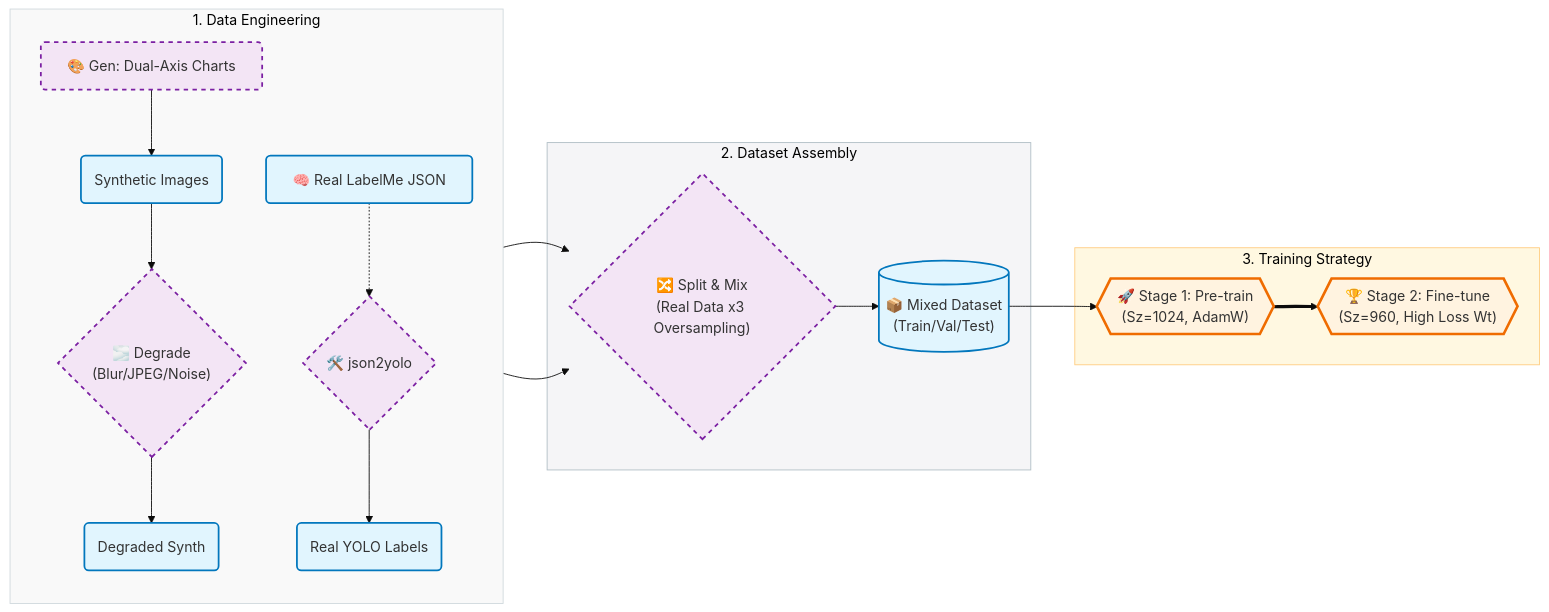
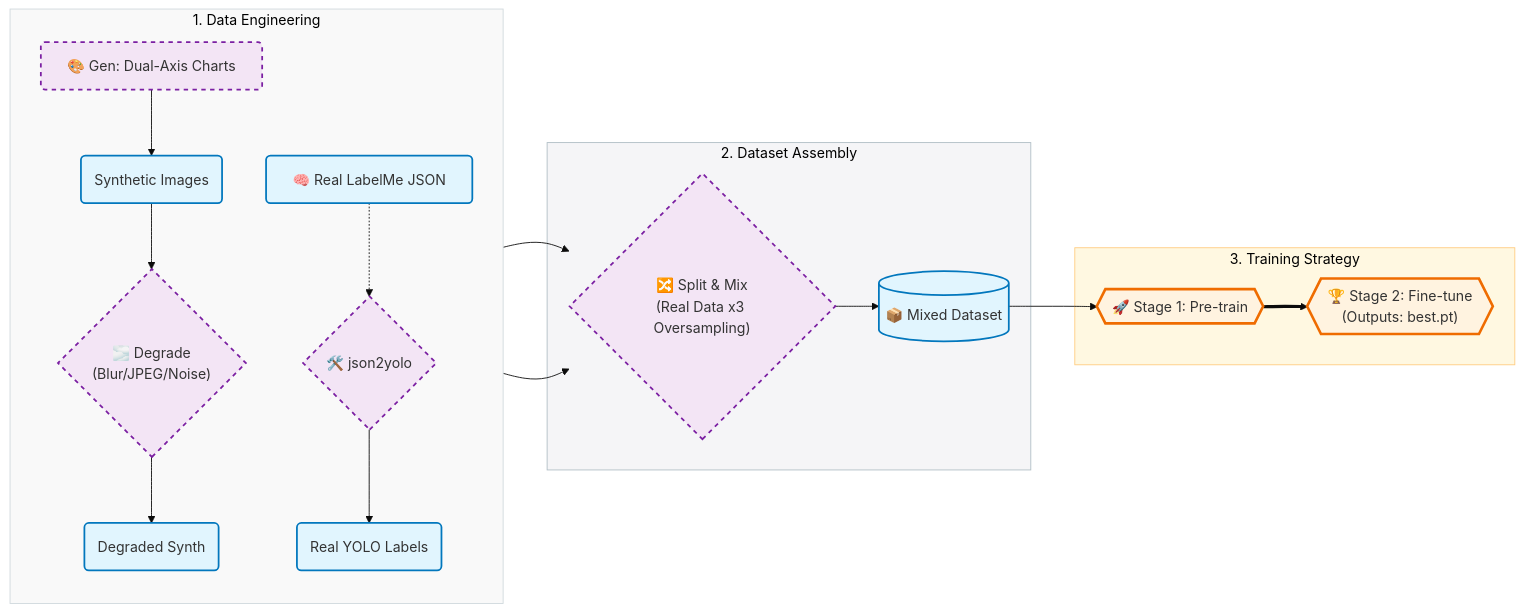
One commit to Zephyr1023/infrared-spectroscopy-and-XANES-spectroscopy-scale-detect changed the diagram in README.md. Above: the diagram before and after it, drawn with Mermaid. The commit also changed other lines of this file, not shown here.

````diff
--- a/README.md
+++ b/README.md
@@ -44,32 +54,32 @@
 ```mermaid
 %%{init: {'theme': 'base', 'themeVariables': { 'primaryColor': '#e3f2fd', 'edgeLabelBackground':'#ffffff', 'tertiaryColor': '#fff'}}}%%
 flowchart LR
     %% Style Definitions
     classDef data fill:#e1f5fe,stroke:#0277bd,stroke-width:2px,rx:5,ry:5;
     classDef proc fill:#f3e5f5,stroke:#7b1fa2,stroke-width:2px,rx:5,ry:5,stroke-dasharray: 5 5;
     classDef model fill:#fff3e0,stroke:#ef6c00,stroke-width:3px,rx:10,ry:10;
 
     subgraph SG1 ["1. Data Engineering"]
         direction TB
         A["🎨 Gen: Dual-Axis Charts"]:::proc --> B("Synthetic Images"):::data
         B --> C{"🌫️ Degrade\n(Blur/JPEG/Noise)"}:::proc
         C --> D("Degraded Synth"):::data
         R["🧠 Real LabelMe JSON"]:::data -.-> S{"🛠️ json2yolo"}:::proc
         S --> E("Real YOLO Labels"):::data
     end
     
     subgraph SG2 ["2. Dataset Assembly"]
         D & E --> M{"🔀 Split & Mix\n(Real Data x3 Oversampling)"}:::proc
-        M --> F[("📦 Mixed Dataset\n(Train/Val/Test)")]:::data
+        M --> F[("📦 Mixed Dataset")]:::data
     end
     
     subgraph SG3 ["3. Training Strategy"]
-        F --> G{{"🚀 Stage 1: Pre-train\n(Sz=1024, AdamW)"}}:::model
-        G ==> H{{"🏆 Stage 2: Fine-tune\n(Sz=960, High Loss Wt)"}}:::model
+        F --> G{{"🚀 Stage 1: Pre-train"}}:::model
+        G ==> H{{"🏆 Stage 2: Fine-tune\n(Outputs: best.pt)"}}:::model
     end
     
     style SG1 fill:#f9f9f9,stroke:#cfd8dc
     style SG2 fill:#f5f5f7,stroke:#b0bec5
     style SG3 fill:#fff8e1,stroke:#ffcc80
 
 ```
````
